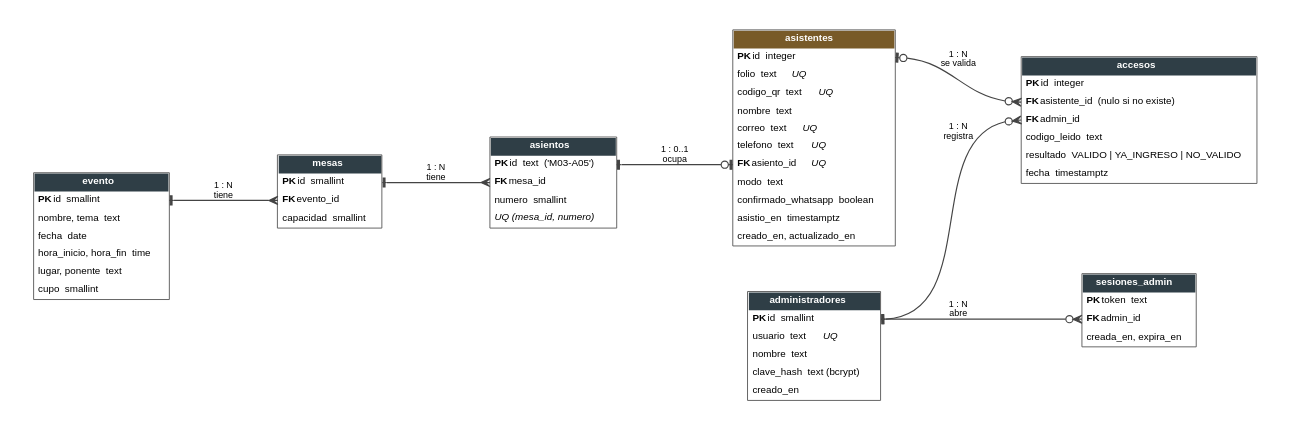
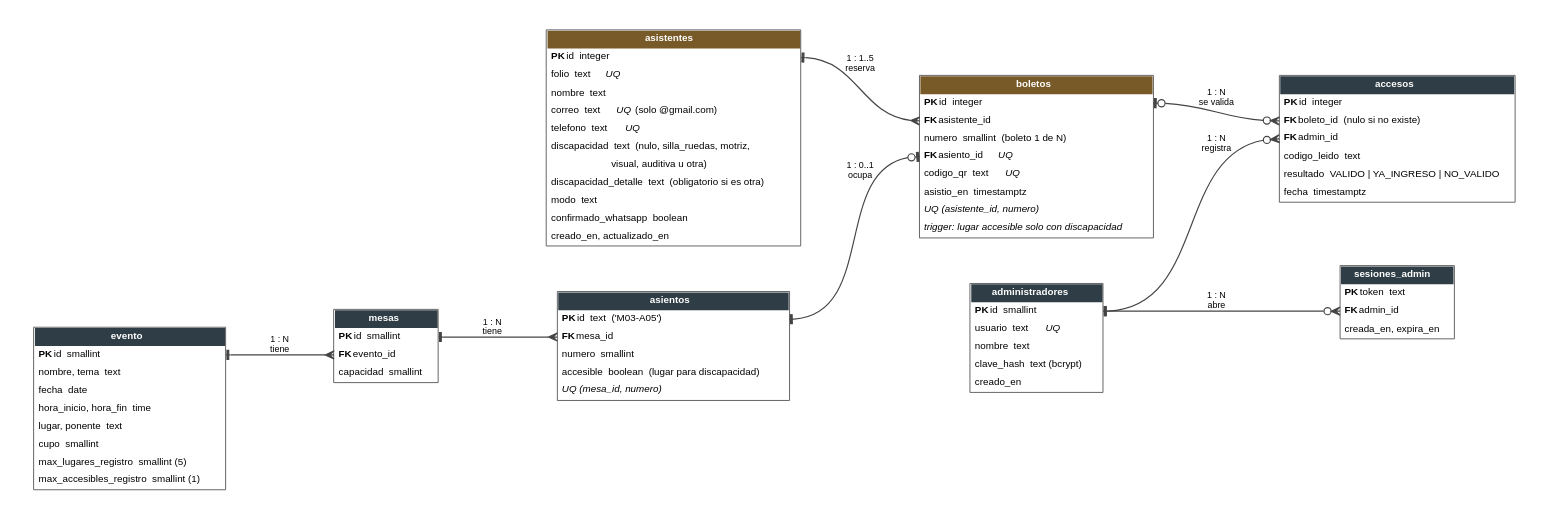
One commit to Mari1511/Conferencia changed the diagram in docs/diagramas/entidad_relacion.dot. Above: the diagram before and after it, drawn with Graphviz. The commit also changed 17 other files, not shown here.

First line of the commit message:
Varios lugares por registro y lugares accesibles para personas con discapacidad

```diff
--- a/docs/diagramas/entidad_relacion.dot
+++ b/docs/diagramas/entidad_relacion.dot
@@ -1,49 +1,64 @@
 digraph ER {
   graph [rankdir=LR, fontname="Helvetica", bgcolor="white", nodesep=0.6, ranksep=1.1, pad=0.3];
   node [shape=plaintext, fontname="Helvetica", fontsize=11];
   edge [fontname="Helvetica", fontsize=10, color="#444444", penwidth=1.3];
   evento [label=<<TABLE BORDER="1" CELLBORDER="0" CELLSPACING="0" CELLPADDING="4" COLOR="#555555">
     <TR><TD BGCOLOR="#2f3e46"><FONT COLOR="white"><B>evento</B></FONT></TD></TR>
     <TR><TD ALIGN="LEFT" PORT="id"><B>PK</B> id  smallint</TD></TR>
     <TR><TD ALIGN="LEFT">nombre, tema  text</TD></TR><TR><TD ALIGN="LEFT">fecha  date</TD></TR>
-    <TR><TD ALIGN="LEFT">hora_inicio, hora_fin  time</TD></TR><TR><TD ALIGN="LEFT">lugar, ponente  text</TD></TR><TR><TD ALIGN="LEFT">cupo  smallint</TD></TR></TABLE>>];
+    <TR><TD ALIGN="LEFT">hora_inicio, hora_fin  time</TD></TR><TR><TD ALIGN="LEFT">lugar, ponente  text</TD></TR><TR><TD ALIGN="LEFT">cupo  smallint</TD></TR>
+    <TR><TD ALIGN="LEFT">max_lugares_registro  smallint (5)</TD></TR><TR><TD ALIGN="LEFT">max_accesibles_registro  smallint (1)</TD></TR></TABLE>>];
   mesas [label=<<TABLE BORDER="1" CELLBORDER="0" CELLSPACING="0" CELLPADDING="4" COLOR="#555555">
     <TR><TD BGCOLOR="#2f3e46"><FONT COLOR="white"><B>mesas</B></FONT></TD></TR>
     <TR><TD ALIGN="LEFT" PORT="id"><B>PK</B> id  smallint</TD></TR>
     <TR><TD ALIGN="LEFT" PORT="ev"><B>FK</B> evento_id</TD></TR><TR><TD ALIGN="LEFT">capacidad  smallint</TD></TR></TABLE>>];
   asientos [label=<<TABLE BORDER="1" CELLBORDER="0" CELLSPACING="0" CELLPADDING="4" COLOR="#555555">
     <TR><TD BGCOLOR="#2f3e46"><FONT COLOR="white"><B>asientos</B></FONT></TD></TR>
     <TR><TD ALIGN="LEFT" PORT="id"><B>PK</B> id  text  ('M03-A05')</TD></TR>
     <TR><TD ALIGN="LEFT" PORT="mesa"><B>FK</B> mesa_id</TD></TR><TR><TD ALIGN="LEFT">numero  smallint</TD></TR>
+    <TR><TD ALIGN="LEFT">accesible  boolean  (lugar para discapacidad)</TD></TR>
     <TR><TD ALIGN="LEFT"><I>UQ (mesa_id, numero)</I></TD></TR></TABLE>>];
   asistentes [label=<<TABLE BORDER="1" CELLBORDER="0" CELLSPACING="0" CELLPADDING="4" COLOR="#555555">
     <TR><TD BGCOLOR="#785a28"><FONT COLOR="white"><B>asistentes</B></FONT></TD></TR>
     <TR><TD ALIGN="LEFT" PORT="id"><B>PK</B> id  integer</TD></TR>
-    <TR><TD ALIGN="LEFT">folio  text  <I>UQ</I></TD></TR><TR><TD ALIGN="LEFT">codigo_qr  text  <I>UQ</I></TD></TR>
-    <TR><TD ALIGN="LEFT">nombre  text</TD></TR><TR><TD ALIGN="LEFT">correo  text  <I>UQ</I></TD></TR><TR><TD ALIGN="LEFT">telefono  text  <I>UQ</I></TD></TR>
+    <TR><TD ALIGN="LEFT">folio  text  <I>UQ</I></TD></TR>
+    <TR><TD ALIGN="LEFT">nombre  text</TD></TR><TR><TD ALIGN="LEFT">correo  text  <I>UQ</I>  (solo @gmail.com)</TD></TR><TR><TD ALIGN="LEFT">telefono  text  <I>UQ</I></TD></TR>
+    <TR><TD ALIGN="LEFT">discapacidad  text  (nulo, silla_ruedas, motriz,</TD></TR>
+    <TR><TD ALIGN="LEFT">                       visual, auditiva u otra)</TD></TR>
+    <TR><TD ALIGN="LEFT">discapacidad_detalle  text  (obligatorio si es otra)</TD></TR>
+    <TR><TD ALIGN="LEFT">modo  text</TD></TR><TR><TD ALIGN="LEFT">confirmado_whatsapp  boolean</TD></TR>
+    <TR><TD ALIGN="LEFT">creado_en, actualizado_en</TD></TR></TABLE>>];
+  boletos [label=<<TABLE BORDER="1" CELLBORDER="0" CELLSPACING="0" CELLPADDING="4" COLOR="#555555">
+    <TR><TD BGCOLOR="#785a28"><FONT COLOR="white"><B>boletos</B></FONT></TD></TR>
+    <TR><TD ALIGN="LEFT" PORT="id"><B>PK</B> id  integer</TD></TR>
+    <TR><TD ALIGN="LEFT" PORT="asi"><B>FK</B> asistente_id</TD></TR>
+    <TR><TD ALIGN="LEFT">numero  smallint  (boleto 1 de N)</TD></TR>
     <TR><TD ALIGN="LEFT" PORT="asiento"><B>FK</B> asiento_id  <I>UQ</I></TD></TR>
-    <TR><TD ALIGN="LEFT">modo  text</TD></TR><TR><TD ALIGN="LEFT">confirmado_whatsapp  boolean</TD></TR>
-    <TR><TD ALIGN="LEFT">asistio_en  timestamptz</TD></TR><TR><TD ALIGN="LEFT">creado_en, actualizado_en</TD></TR></TABLE>>];
+    <TR><TD ALIGN="LEFT">codigo_qr  text  <I>UQ</I></TD></TR>
+    <TR><TD ALIGN="LEFT">asistio_en  timestamptz</TD></TR>
+    <TR><TD ALIGN="LEFT"><I>UQ (asistente_id, numero)</I></TD></TR>
+    <TR><TD ALIGN="LEFT"><I>trigger: lugar accesible solo con discapacidad</I></TD></TR></TABLE>>];
   administradores [label=<<TABLE BORDER="1" CELLBORDER="0" CELLSPACING="0" CELLPADDING="4" COLOR="#555555">
     <TR><TD BGCOLOR="#2f3e46"><FONT COLOR="white"><B>administradores</B></FONT></TD></TR>
     <TR><TD ALIGN="LEFT" PORT="id"><B>PK</B> id  smallint</TD></TR>
     <TR><TD ALIGN="LEFT">usuario  text  <I>UQ</I></TD></TR><TR><TD ALIGN="LEFT">nombre  text</TD></TR><TR><TD ALIGN="LEFT">clave_hash  text (bcrypt)</TD></TR><TR><TD ALIGN="LEFT">creado_en</TD></TR></TABLE>>];
   sesiones_admin [label=<<TABLE BORDER="1" CELLBORDER="0" CELLSPACING="0" CELLPADDING="4" COLOR="#555555">
     <TR><TD BGCOLOR="#2f3e46"><FONT COLOR="white"><B>sesiones_admin</B></FONT></TD></TR>
     <TR><TD ALIGN="LEFT"><B>PK</B> token  text</TD></TR>
     <TR><TD ALIGN="LEFT" PORT="adm"><B>FK</B> admin_id</TD></TR><TR><TD ALIGN="LEFT">creada_en, expira_en</TD></TR></TABLE>>];
   accesos [label=<<TABLE BORDER="1" CELLBORDER="0" CELLSPACING="0" CELLPADDING="4" COLOR="#555555">
     <TR><TD BGCOLOR="#2f3e46"><FONT COLOR="white"><B>accesos</B></FONT></TD></TR>
     <TR><TD ALIGN="LEFT"><B>PK</B> id  integer</TD></TR>
-    <TR><TD ALIGN="LEFT" PORT="asi"><B>FK</B> asistente_id  (nulo si no existe)</TD></TR>
+    <TR><TD ALIGN="LEFT" PORT="bol"><B>FK</B> boleto_id  (nulo si no existe)</TD></TR>
     <TR><TD ALIGN="LEFT" PORT="adm"><B>FK</B> admin_id</TD></TR>
     <TR><TD ALIGN="LEFT">codigo_leido  text</TD></TR><TR><TD ALIGN="LEFT">resultado  VALIDO | YA_INGRESO | NO_VALIDO</TD></TR><TR><TD ALIGN="LEFT">fecha  timestamptz</TD></TR></TABLE>>];
 
   evento:id -> mesas:ev [dir=both, arrowtail=tee, arrowhead=crow, label="1 : N\ntiene"];
   mesas:id -> asientos:mesa [dir=both, arrowtail=tee, arrowhead=crow, label="1 : N\ntiene"];
-  asientos:id -> asistentes:asiento [dir=both, arrowtail=tee, arrowhead=teeodot, label="1 : 0..1\nocupa"];
-  asistentes:id -> accesos:asi [dir=both, arrowtail=teeodot, arrowhead=crowodot, label="1 : N\nse valida"];
+  asistentes:id -> boletos:asi [dir=both, arrowtail=tee, arrowhead=crow, label="1 : 1..5\nreserva"];
+  asientos:id -> boletos:asiento [dir=both, arrowtail=tee, arrowhead=teeodot, label="1 : 0..1\nocupa"];
+  boletos:id -> accesos:bol [dir=both, arrowtail=teeodot, arrowhead=crowodot, label="1 : N\nse valida"];
   administradores:id -> accesos:adm [dir=both, arrowtail=tee, arrowhead=crowodot, label="1 : N\nregistra"];
   administradores:id -> sesiones_admin:adm [dir=both, arrowtail=tee, arrowhead=crowodot, label="1 : N\nabre"];
-  {rank=same; administradores; asistentes}
+  {rank=same; administradores; boletos}
 }
```
